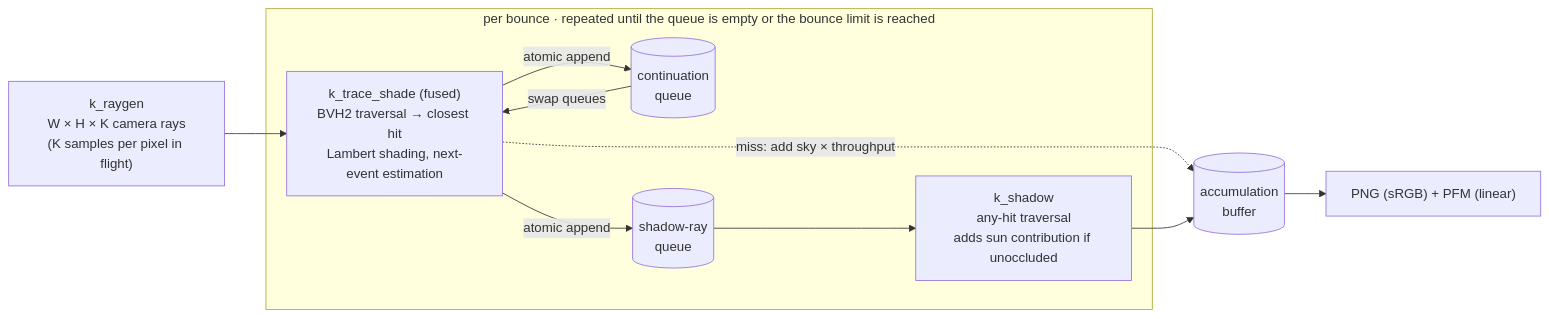
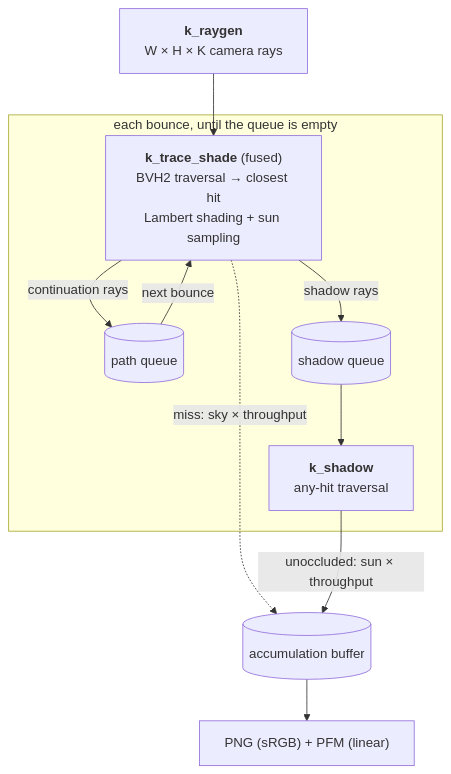
The diagram in README.md (YJLi-new/cuda-wavefront-pathtracer), drawn with Mermaid before and after one commit. The commit also changed 1 other file, not shown here.

Commit message:
README: top-down architecture diagram for readability

````diff
--- a/README.md
+++ b/README.md
@@ -75,13 +75,14 @@
 ```mermaid
-flowchart LR
-    A["k_raygen<br/>W × H × K camera rays<br/>(K samples per pixel in flight)"] --> B
-    subgraph L ["per bounce · repeated until the queue is empty or the bounce limit is reached"]
-        B["k_trace_shade (fused)<br/>BVH2 traversal → closest hit<br/>Lambert shading, next-event estimation"] -->|"atomic append"| C[("continuation<br/>queue")]
-        B -->|"atomic append"| D[("shadow-ray<br/>queue")]
-        D --> E["k_shadow<br/>any-hit traversal<br/>adds sun contribution if unoccluded"]
-        C -->|"swap queues"| B
+flowchart TD
+    A["<b>k_raygen</b><br/>W × H × K camera rays"] --> B
+    subgraph L ["each bounce, until the queue is empty"]
+        B["<b>k_trace_shade</b> (fused)<br/>BVH2 traversal → closest hit<br/>Lambert shading + sun sampling"]
+        B -->|"continuation rays"| C[("path queue")]
+        B -->|"shadow rays"| D[("shadow queue")]
+        D --> E["<b>k_shadow</b><br/>any-hit traversal"]
+        C -->|"next bounce"| B
     end
-    B -.->|"miss: add sky × throughput"| F[("accumulation<br/>buffer")]
-    E --> F
+    B -.->|"miss: sky × throughput"| F[("accumulation buffer")]
+    E -->|"unoccluded: sun × throughput"| F
     F --> G["PNG (sRGB) + PFM (linear)"]
 ```
````
